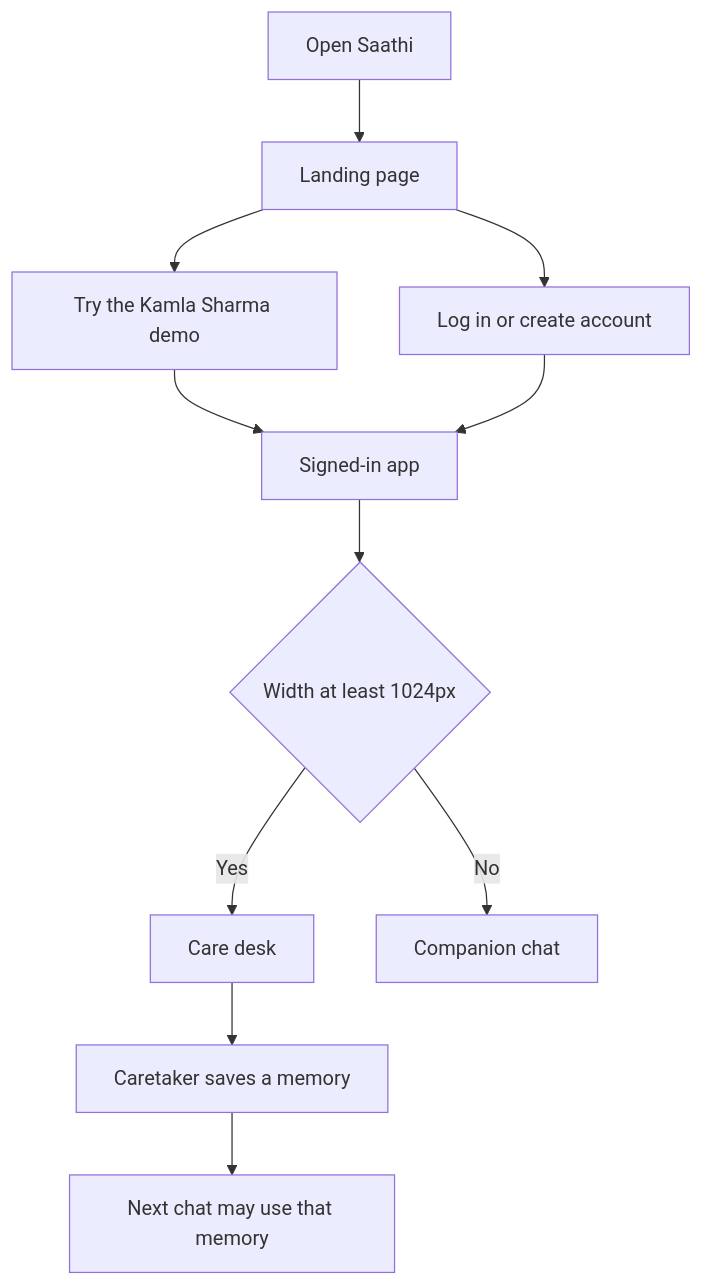
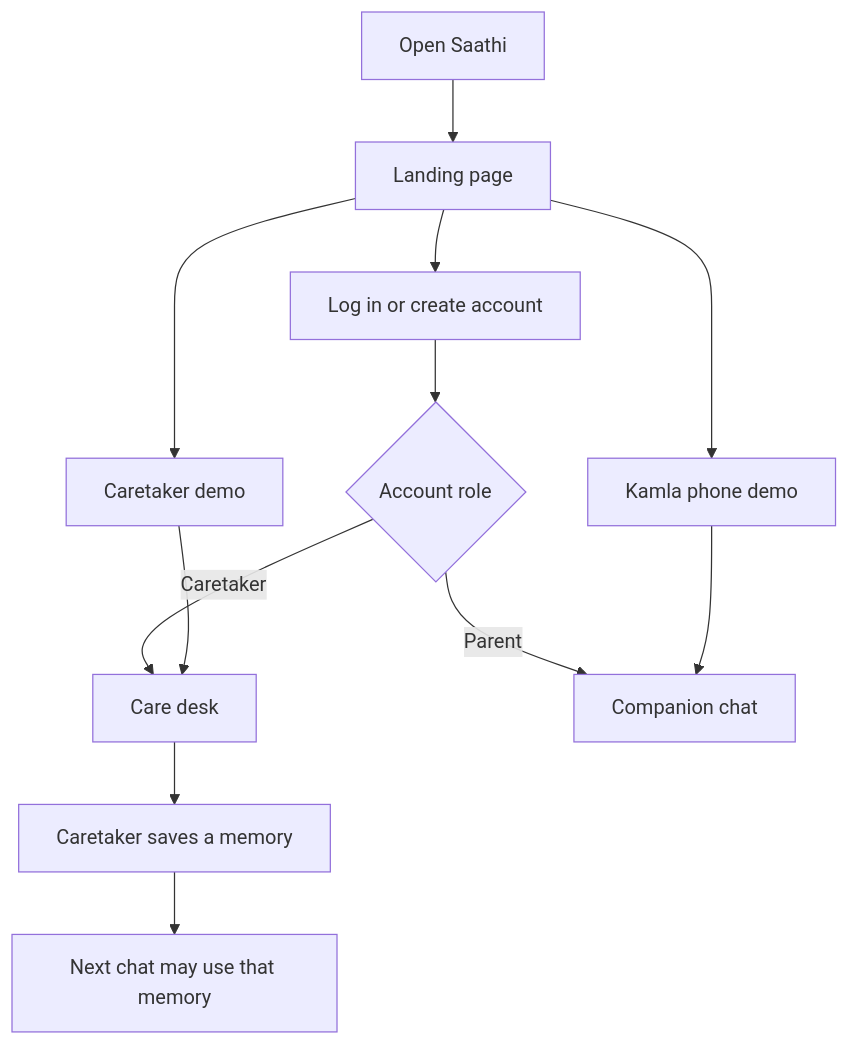
Before and after one commit to srushtipatil09/AI_Builder_Cup_2026: the first of 2 diagrams in README.md, drawn with Mermaid. The commit also changed other lines of this file and 5 other files, not shown here.

````diff
--- a/README.md
+++ b/README.md
@@ -11,13 +11,14 @@
 ```mermaid
 flowchart TD
   start[Open Saathi] --> land[Landing page]
-  land --> demo[Try the Kamla Sharma demo]
+  land --> demoChat[Kamla phone demo]
+  land --> demoDesk[Caretaker demo]
   land --> auth[Log in or create account]
-  demo --> app[Signed-in app]
-  auth --> app
-  app --> wide{Width at least 1024px}
-  wide -->|Yes| desk[Care desk]
-  wide -->|No| phone[Companion chat]
+  auth --> role{Account role}
+  role -->|Caretaker| desk[Care desk]
+  role -->|Parent| phone[Companion chat]
+  demoDesk --> desk
+  demoChat --> phone
   desk --> facts[Caretaker saves a memory]
   facts --> nextChat[Next chat may use that memory]
 ```
````
